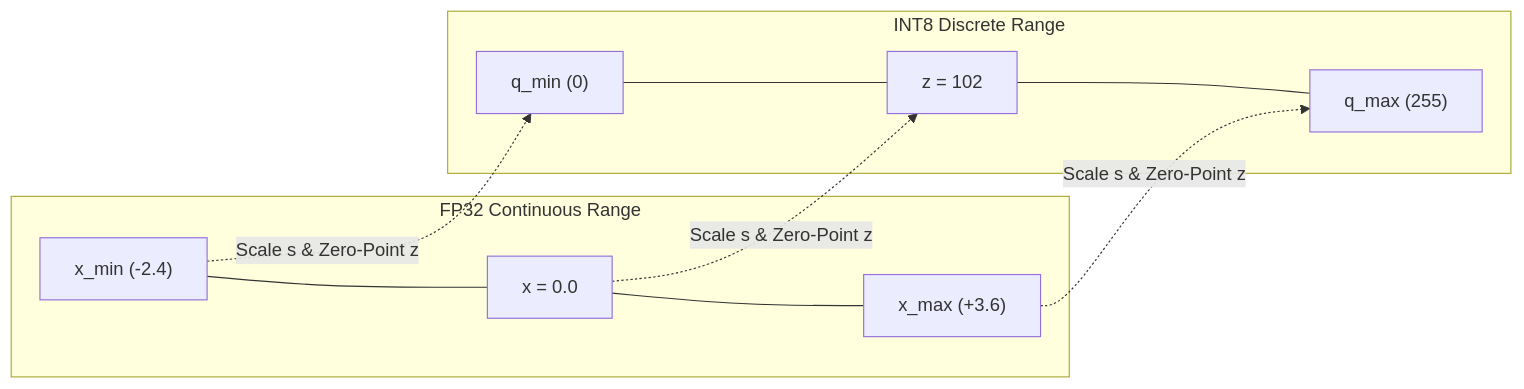
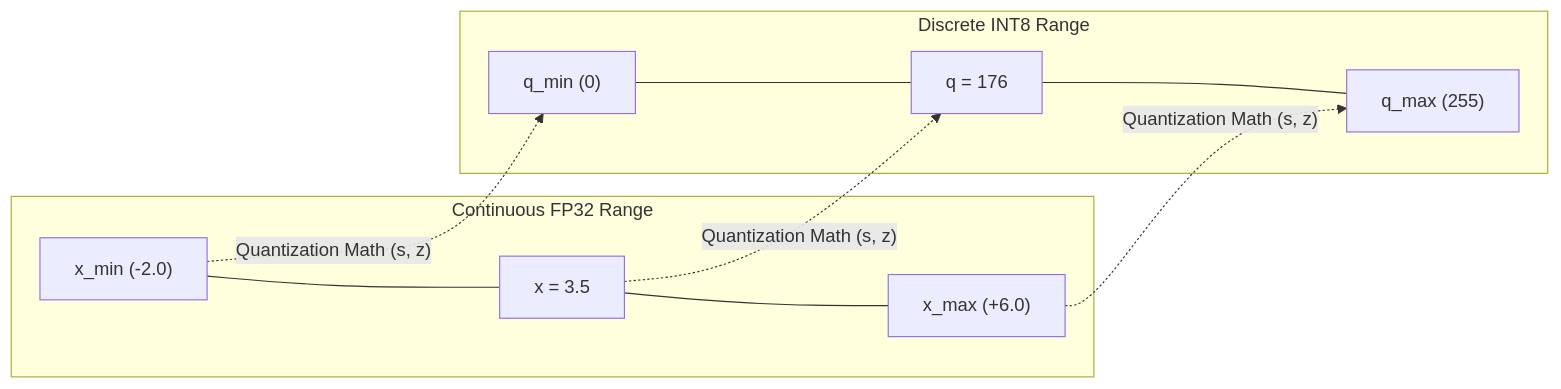
The first of 2 diagrams in 20_Brain_Atlas/10_Library/Generated_Readings/Artificial_Intelligence/Post_Training_Quantization_End_to_End_Guide.md (jempolbagas/My_Knowledge_OS), drawn with Mermaid before and after one commit. The commit also changed other lines of this file and 14 other files, not shown here.

````diff
--- a/20_Brain_Atlas/10_Library/Generated_Readings/Artificial_Intelligence/Post_Training_Quantization_End_to_End_Guide.md
+++ b/20_Brain_Atlas/10_Library/Generated_Readings/Artificial_Intelligence/Post_Training_Quantization_End_to_End_Guide.md
@@ -51,12 +71,12 @@
 ```mermaid
 graph LR
-    subgraph FP32 Continuous Range
-        A["x_min (-2.4)"] --- B["x = 0.0"] --- C["x_max (+3.6)"]
+    subgraph Continuous FP32 Range
+        A["x_min (-2.0)"] --- B["x = 3.5"] --- C["x_max (+6.0)"]
     end
-    subgraph INT8 Discrete Range
-        D["q_min (0)"] --- E["z = 102"] --- F["q_max (255)"]
+    subgraph Discrete INT8 Range
+        D["q_min (0)"] --- E["q = 176"] --- F["q_max (255)"]
     end
-    A -. Scale s & Zero-Point z .-> D
-    B -. Scale s & Zero-Point z .-> E
-    C -. Scale s & Zero-Point z .-> F
+    A -. Quantization Math (s, z) .-> D
+    B -. Quantization Math (s, z) .-> E
+    C -. Quantization Math (s, z) .-> F
 ```
````
